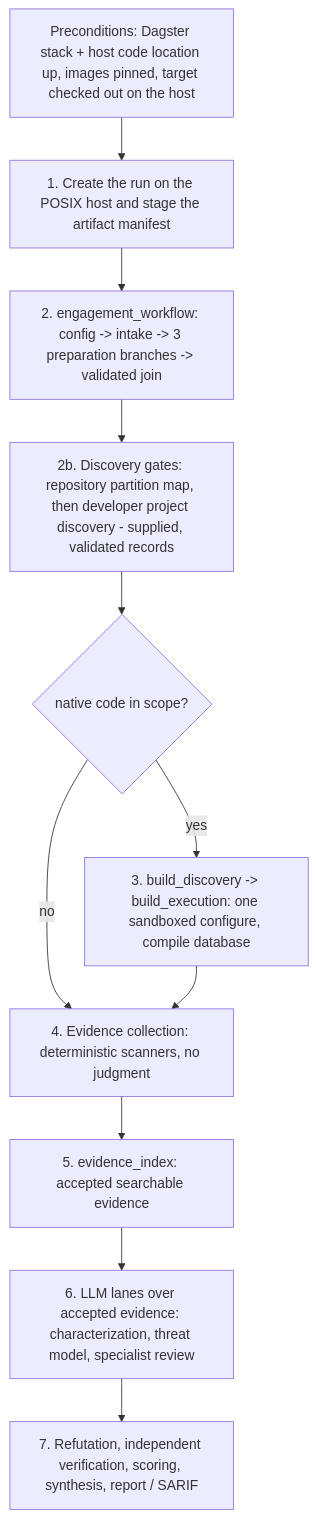
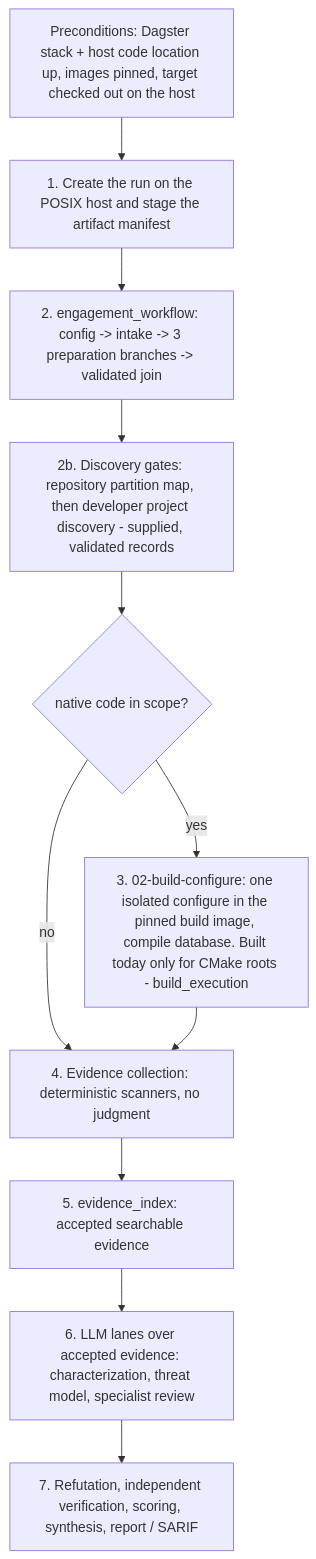
The diagram in docs/processes/engagement-start.md (wsollers/appsec-review), drawn with Mermaid before and after one commit. The commit also changed other lines of this file and 2 other files, not shown here.

First line of the commit message:
docs: process-flow review against rendered diagrams and code; S6 also needs E01

````diff
--- a/docs/processes/engagement-start.md
+++ b/docs/processes/engagement-start.md
@@ -15,13 +15,13 @@
 ```mermaid
 flowchart TD
   P0[Preconditions: Dagster stack + host code location up, images pinned, target checked out on the host] --> S1
   S1[1. Create the run on the POSIX host and stage the artifact manifest] --> S2
   S2[2. engagement_workflow: config -> intake -> 3 preparation branches -> validated join] --> S2b
   S2b[2b. Discovery gates: repository partition map, then developer project discovery - supplied, validated records] --> G1{native code in scope?}
-  G1 -- yes --> S3[3. build_discovery -> build_execution: one sandboxed configure, compile database]
+  G1 -- yes --> S3[3. 02-build-configure: one isolated configure in the pinned build image, compile database. Built today only for CMake roots - build_execution]
   G1 -- no --> S4
   S3 --> S4[4. Evidence collection: deterministic scanners, no judgment]
   S4 --> S5[5. evidence_index: accepted searchable evidence]
   S5 --> S6[6. LLM lanes over accepted evidence: characterization, threat model, specialist review]
   S6 --> S7[7. Refutation, independent verification, scoring, synthesis, report / SARIF]
 ```
````
